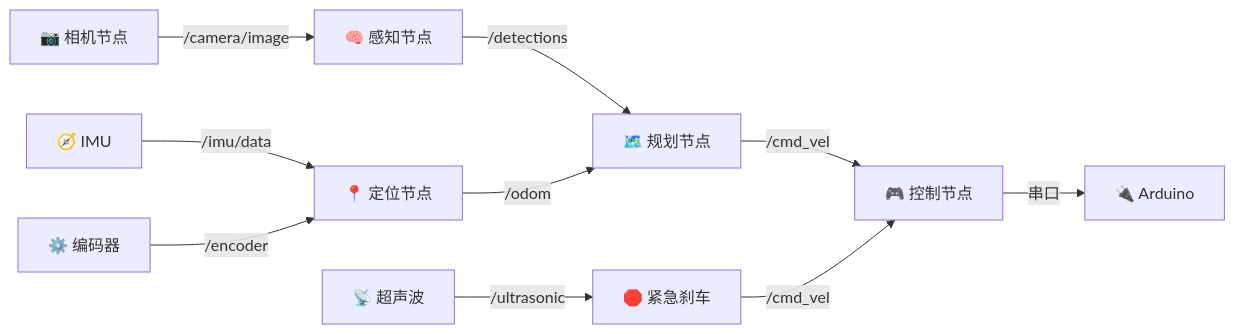
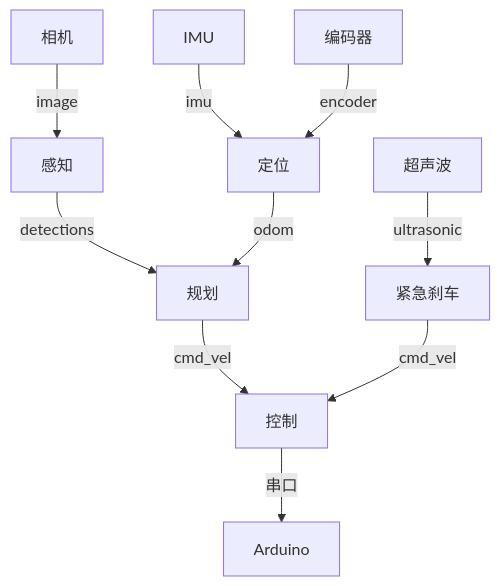
The diagram in 06-代码实践/小车项目/ROS2入门.md (salad18/AutoDriveLearningNote), drawn with Mermaid before and after one commit. The commit also changed 40 other files, not shown here.

First line of the commit message:
docs: 新增数据闭环/面试/热点系列笔记，mermaid 图统一竖排

````diff
--- a/06-代码实践/小车项目/ROS2入门.md
+++ b/06-代码实践/小车项目/ROS2入门.md
@@ -186,12 +186,12 @@
 ```mermaid
-graph LR
-    Cam[📷 相机节点] -->|/camera/image| Perc[🧠 感知节点]
-    Ultr[📡 超声波] -->|/ultrasonic| Brake[🛑 紧急刹车]
-    IMU[🧭 IMU] -->|/imu/data| Loca[📍 定位节点]
-    Encoder[⚙️ 编码器] -->|/encoder| Loca
-    Perc -->|/detections| Plan[🗺️ 规划节点]
-    Loca -->|/odom| Plan
-    Plan -->|/cmd_vel| Ctrl[🎮 控制节点]
-    Brake -->|/cmd_vel| Ctrl
-    Ctrl -->|串口| Arduino[🔌 Arduino]
+flowchart TD
+    Cam[相机] -->|image| Perc[感知]
+    Ultr[超声波] -->|ultrasonic| Brake[紧急刹车]
+    IMU[IMU] -->|imu| Loca[定位]
+    Enc[编码器] -->|encoder| Loca
+    Perc -->|detections| Plan[规划]
+    Loca -->|odom| Plan
+    Plan -->|cmd_vel| Ctrl[控制]
+    Brake -->|cmd_vel| Ctrl
+    Ctrl -->|串口| Ard[Arduino]
 ```
````
